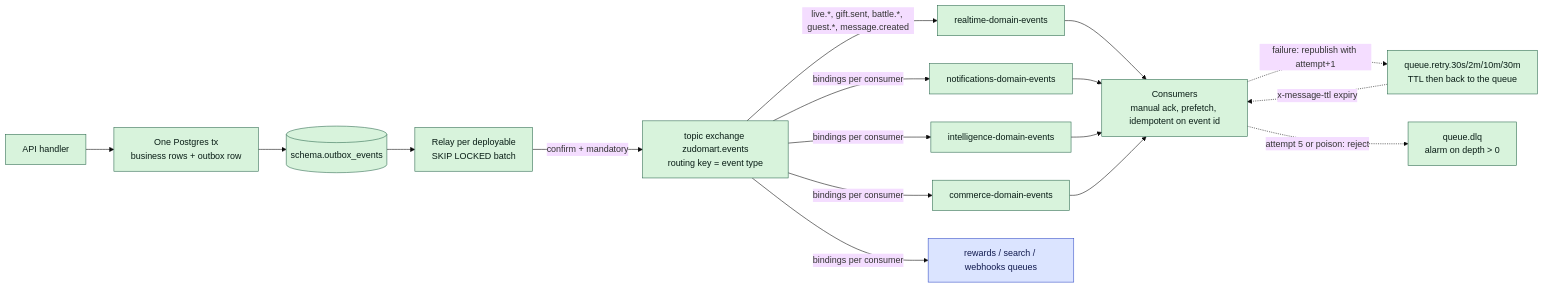
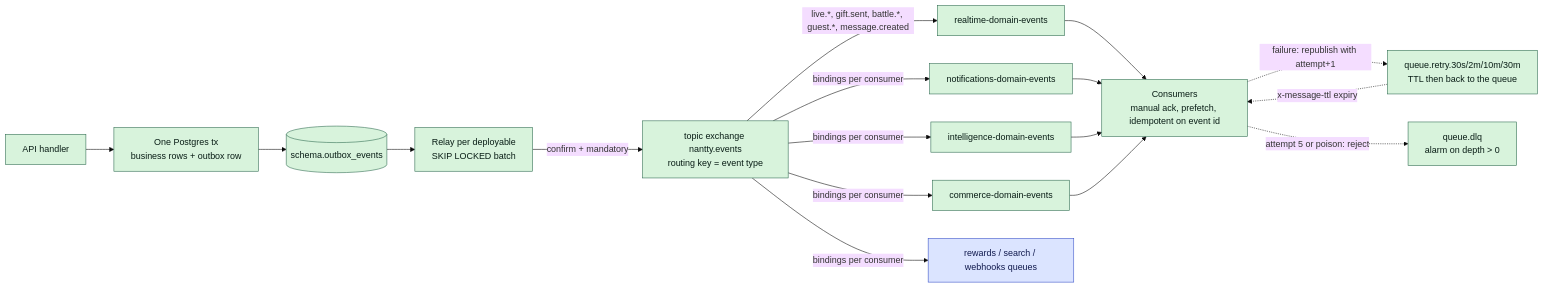
One commit to telente-technologies/nantty changed the first of 2 diagrams in docs/architecture/events.md. Above: the diagram before and after it, drawn with Mermaid (base theme). The commit also changed other lines of this file and 46 other files, not shown here.

Commit message:
docs: rebrand and update architecture, database, and integration guides

````diff
--- a/docs/architecture/events.md
+++ b/docs/architecture/events.md
@@ -24,27 +24,27 @@
 ```mermaid
 flowchart LR
   classDef existing fill:#d8f3dc,stroke:#2d6a4f,color:#081c15
   classDef proposed fill:#dbe4ff,stroke:#364fc7,color:#10194d
 
   api["API handler"]:::existing
   tx["One Postgres tx<br/>business rows + outbox row"]:::existing
   outbox[("schema.outbox_events")]:::existing
   relay["Relay per deployable<br/>SKIP LOCKED batch"]:::existing
-  ex["topic exchange zudomart.events<br/>routing key = event type"]:::existing
+  ex["topic exchange nantty.events<br/>routing key = event type"]:::existing
   qRt["realtime-domain-events"]:::existing
   qNotif["notifications-domain-events"]:::existing
   qIntel["intelligence-domain-events"]:::existing
   qCommerce["commerce-domain-events"]:::existing
   qRewards["rewards / search / webhooks queues"]:::proposed
   retry["queue.retry.30s/2m/10m/30m<br/>TTL then back to the queue"]:::existing
   dlq["queue.dlq<br/>alarm on depth > 0"]:::existing
   consumers["Consumers<br/>manual ack, prefetch, idempotent on event id"]:::existing
 
   api --> tx --> outbox --> relay -- "confirm + mandatory" --> ex
   ex -- "live.*, gift.sent, battle.*, guest.*, message.created" --> qRt
   ex -- "bindings per consumer" --> qNotif & qIntel & qCommerce & qRewards
   qRt & qNotif & qIntel & qCommerce --> consumers
   consumers -. "failure: republish with attempt+1" .-> retry
   retry -. "x-message-ttl expiry" .-> consumers
   consumers -. "attempt 5 or poison: reject" .-> dlq
 ```
````
